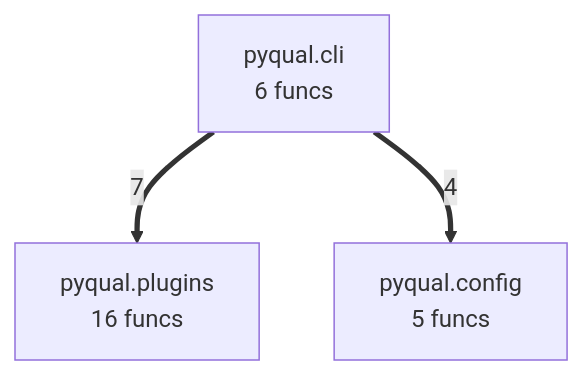
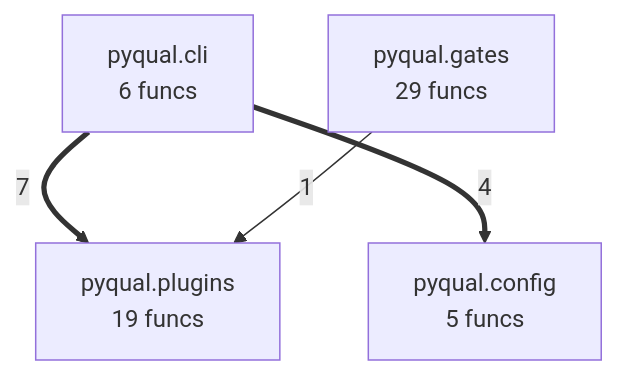
Before and after one commit to semcod/pyqual: the diagram in project/compact_flow.mmd, drawn with Mermaid. The commit also changed 29 other files, not shown here.

```diff
--- a/project/compact_flow.mmd
+++ b/project/compact_flow.mmd
@@ -1,6 +1,8 @@
 flowchart TD
     pyqual__cli["pyqual.cli<br/>6 funcs"]
     pyqual__config["pyqual.config<br/>5 funcs"]
-    pyqual__plugins["pyqual.plugins<br/>16 funcs"]
+    pyqual__gates["pyqual.gates<br/>29 funcs"]
+    pyqual__plugins["pyqual.plugins<br/>19 funcs"]
     pyqual__cli ==>|7| pyqual__plugins
     pyqual__cli ==>|4| pyqual__config
+    pyqual__gates -->|1| pyqual__plugins
```
